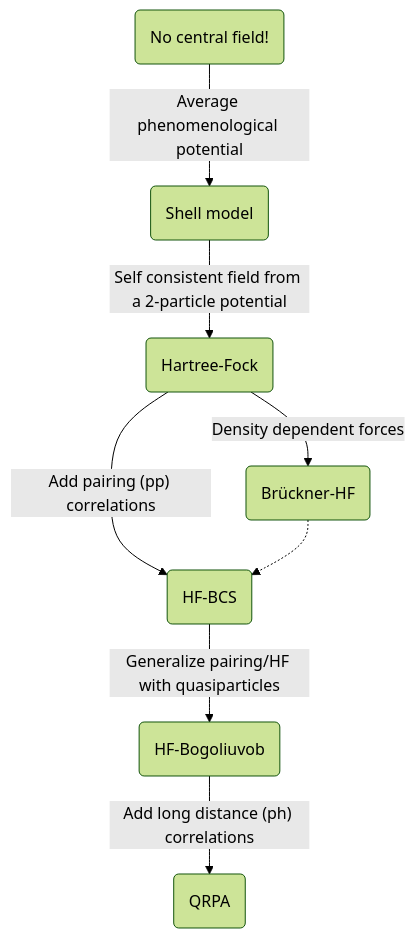
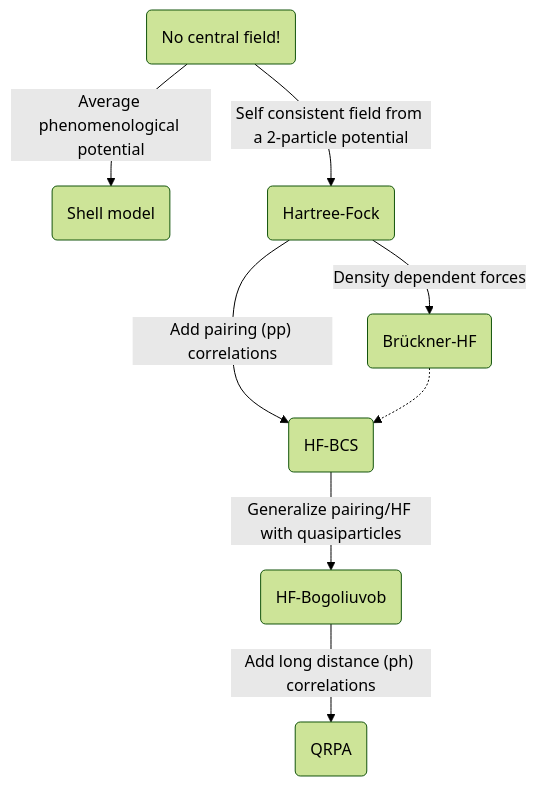
The diagram in src/site/notes/Neutrino-nucleus/Mean field theory.md (Pabce/many-stupid-notes), drawn with Mermaid (forest theme) before and after one commit.

Commit message:
Update note Neutrino-nucleus/Mean field theory.md

````diff
--- a/src/site/notes/Neutrino-nucleus/Mean field theory.md
+++ b/src/site/notes/Neutrino-nucleus/Mean field theory.md
@@ -7,18 +7,18 @@
 ```mermaid
     flowchart TD
         id1(No central field!)
         id2(Shell model)
         id3(Hartree-Fock)
         id4(HF-BCS)
         id5(HF-Bogoliuvob)
         id6(QRPA)
         id7(Brückner-HF)
         
         id1-->|Average phenomenological potential|id2
-        id2-->|Self consistent field from a 2-particle potential|id3
+        id1-->|Self consistent field from a 2-particle potential|id3
         id3-->|"Add pairing (pp) correlations"|id4
         id4-->|Generalize pairing/HF with quasiparticles|id5
         id5-->|"Add long distance (ph) correlations"|id6
         id3-->|Density dependent forces|id7
         id7-.->id4
 ```
````
